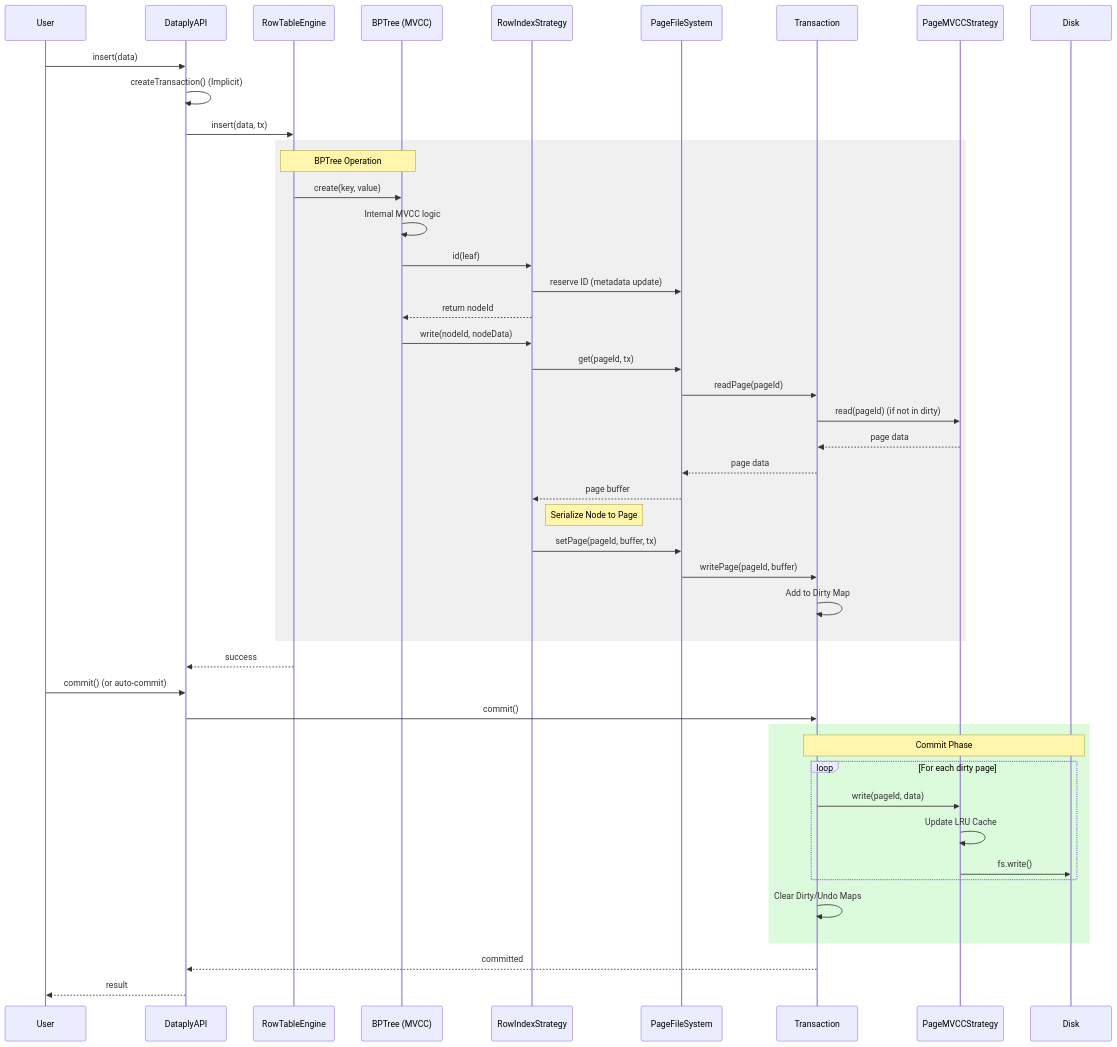
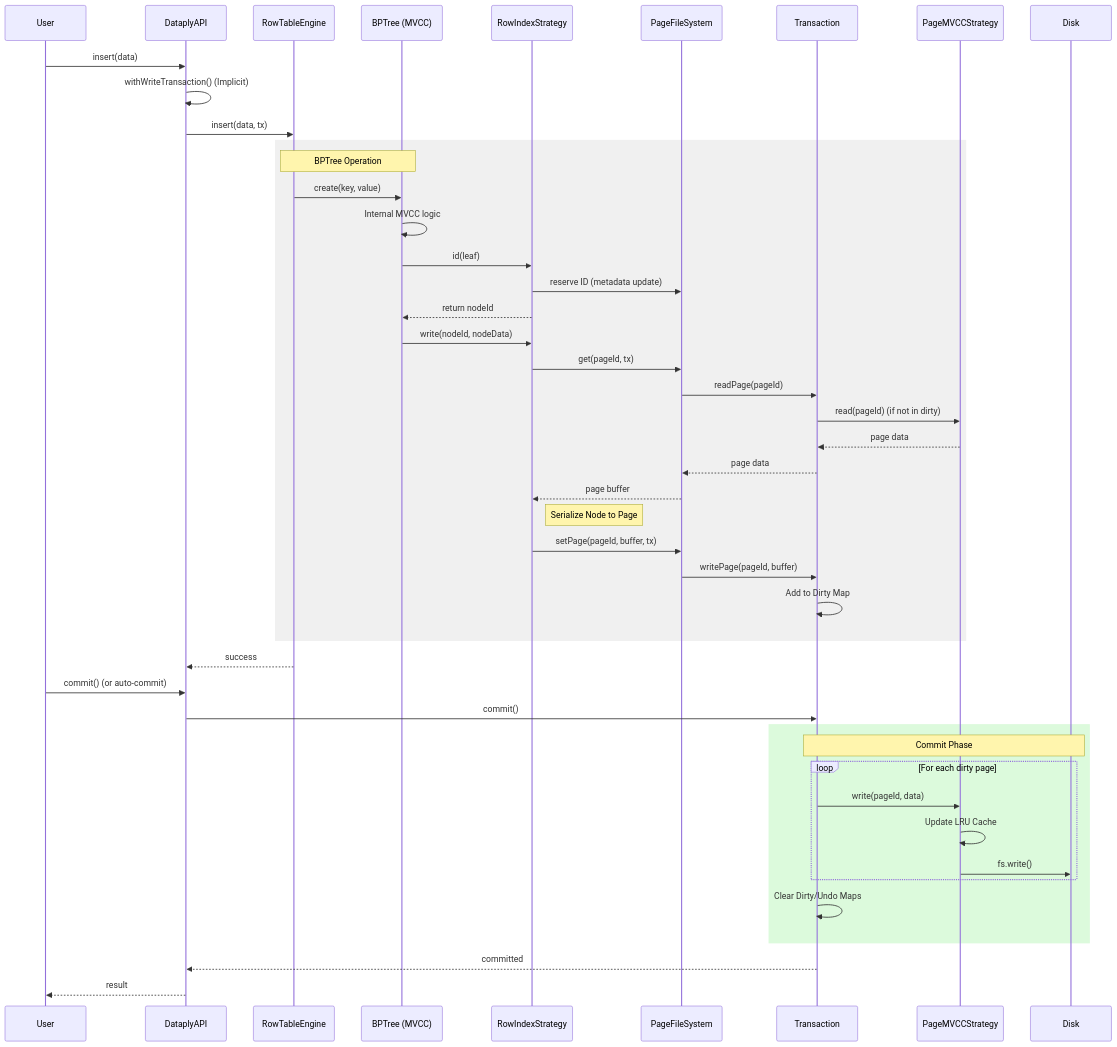
Before and after one commit to izure1/dataply: the second of 2 diagrams in docs/architecture.md, drawn with Mermaid. The commit also changed other lines of this file and 5 other files, not shown here.

````diff
--- a/docs/architecture.md
+++ b/docs/architecture.md
@@ -145,56 +147,56 @@
 ```mermaid
 sequenceDiagram
     participant User
     participant API as DataplyAPI
     participant Engine as RowTableEngine
     participant BPT as BPTree (MVCC)
     participant RIS as RowIndexStrategy
     participant PFS as PageFileSystem
     participant TX as Transaction
     participant Strat as PageMVCCStrategy
     participant Disk
 
     User->>API: insert(data)
-    API->>API: createTransaction() (Implicit)
+    API->>API: withWriteTransaction() (Implicit)
     API->>Engine: insert(data, tx)
     
     rect rgb(240, 240, 240)
         Note over Engine, BPT: BPTree Operation
         Engine->>BPT: create(key, value)
         BPT->>BPT: Internal MVCC logic
         BPT->>RIS: id(leaf)
         RIS->>PFS: reserve ID (metadata update)
         RIS-->>BPT: return nodeId
         
         BPT->>RIS: write(nodeId, nodeData)
         RIS->>PFS: get(pageId, tx)
         PFS->>TX: readPage(pageId)
         TX->>Strat: read(pageId) (if not in dirty)
         Strat-->>TX: page data
         TX-->>PFS: page data
         PFS-->>RIS: page buffer
         
         Note right of RIS: Serialize Node to Page
         RIS->>PFS: setPage(pageId, buffer, tx)
         PFS->>TX: writePage(pageId, buffer)
         TX->>TX: Add to Dirty Map
     end
 
     Engine-->>API: success
     
     User->>API: commit() (or auto-commit)
     API->>TX: commit()
     
     rect rgb(220, 250, 220)
         Note over TX, Disk: Commit Phase
         loop For each dirty page
             TX->>Strat: write(pageId, data)
             Strat->>Strat: Update LRU Cache
             Strat->>Disk: fs.write()
         end
         TX->>TX: Clear Dirty/Undo Maps
     end
     
     TX-->>API: committed
     API-->>User: result
 ```
````
